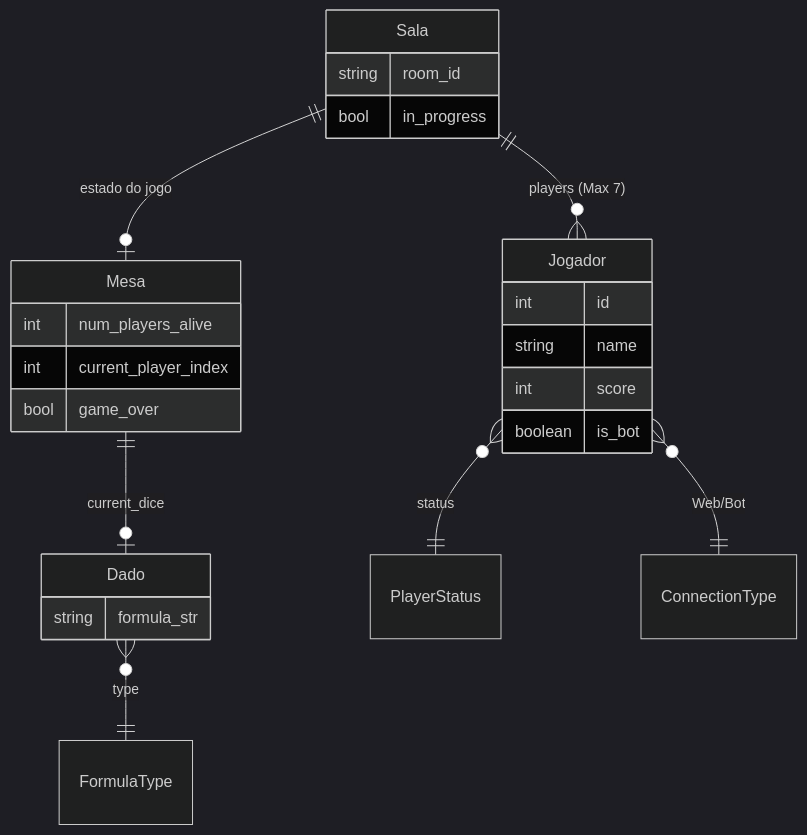
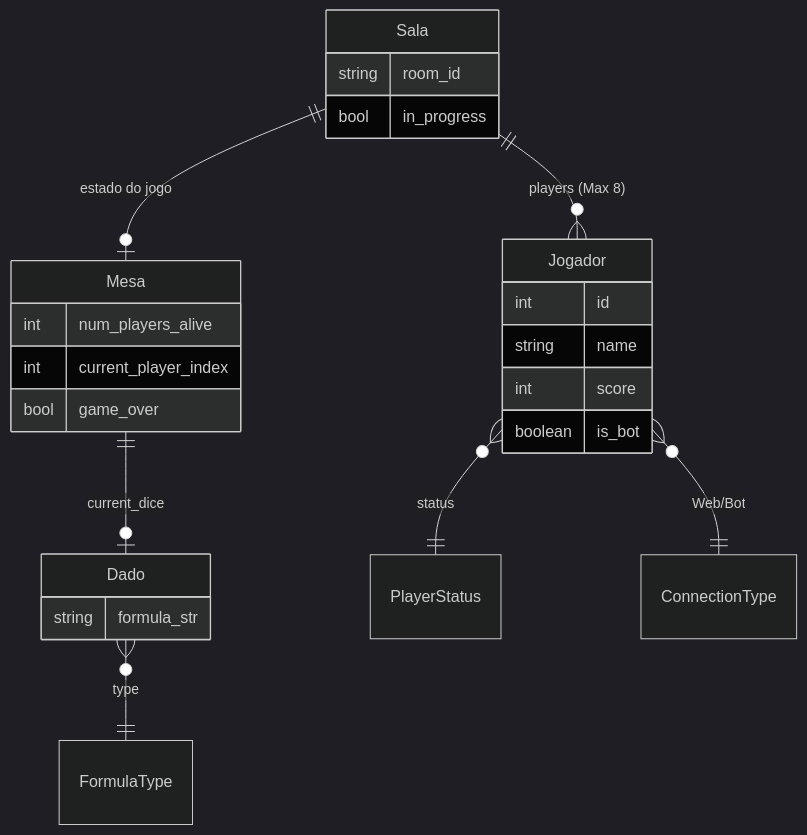
The second of 4 diagrams in README.md (rsc3-pixel/The-Boolean-Bar), drawn with Mermaid (dark theme) before and after one commit. The commit also changed other lines of this file and 11 other files, not shown here.

````diff
--- a/README.md
+++ b/README.md
@@ -163,31 +168,31 @@
 ```mermaid
 erDiagram
-    Sala ||--o{ Jogador : "players (Max 7)"
+    Sala ||--o{ Jogador : "players (Max 8)"
     Sala ||--o| Mesa : "estado do jogo"
     Mesa ||--o| Dado : "current_dice"
     Dado }o--|| FormulaType : "type"
     Jogador }o--|| PlayerStatus : "status"
     Jogador }o--|| ConnectionType : "Web/Bot"
 
     Sala {
         string room_id
         bool in_progress
     }
 
     Mesa {
         int num_players_alive
         int current_player_index
         bool game_over
     }
 
     Jogador {
         int id
         string name
         int score
         boolean is_bot
     }
 
     Dado {
         string formula_str
     }
 ```
````
